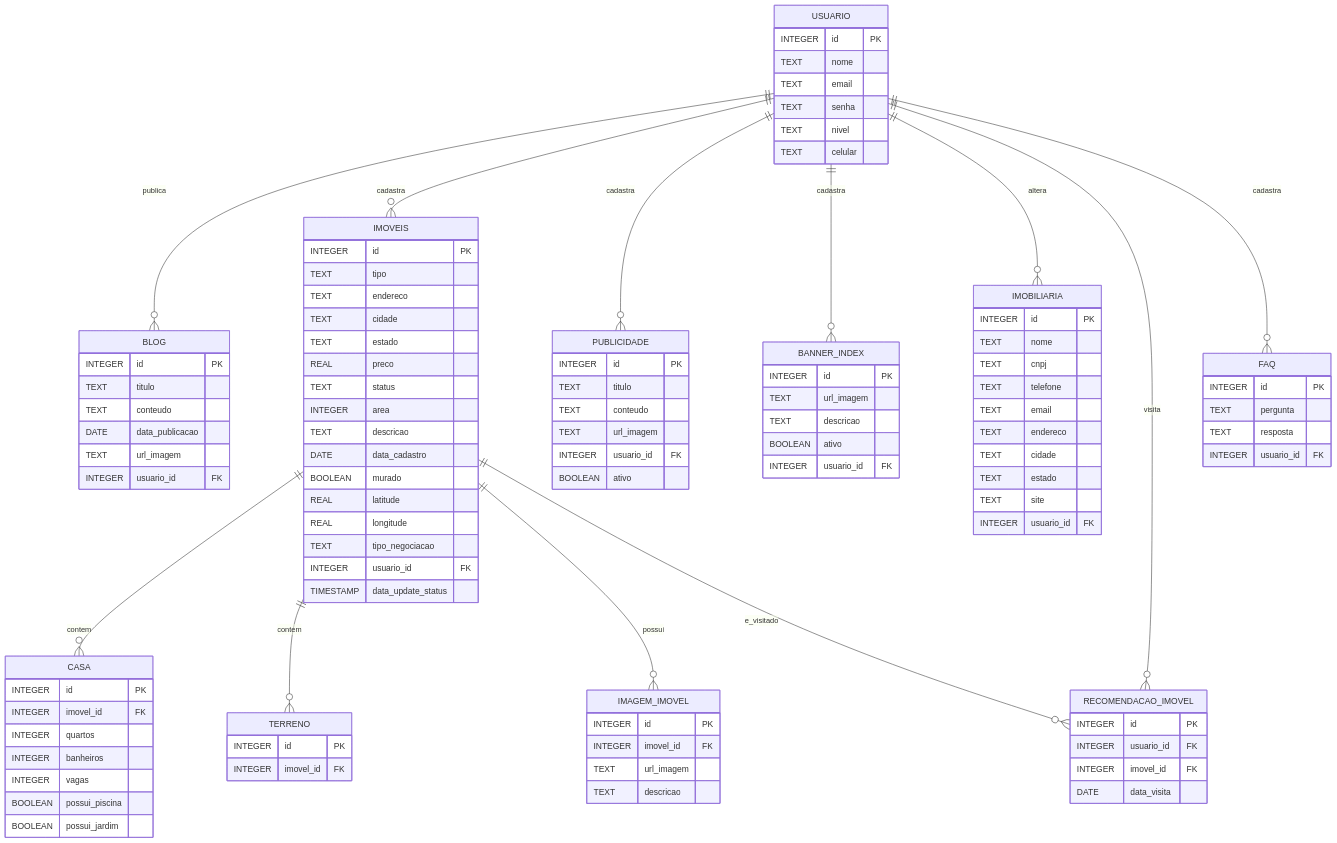
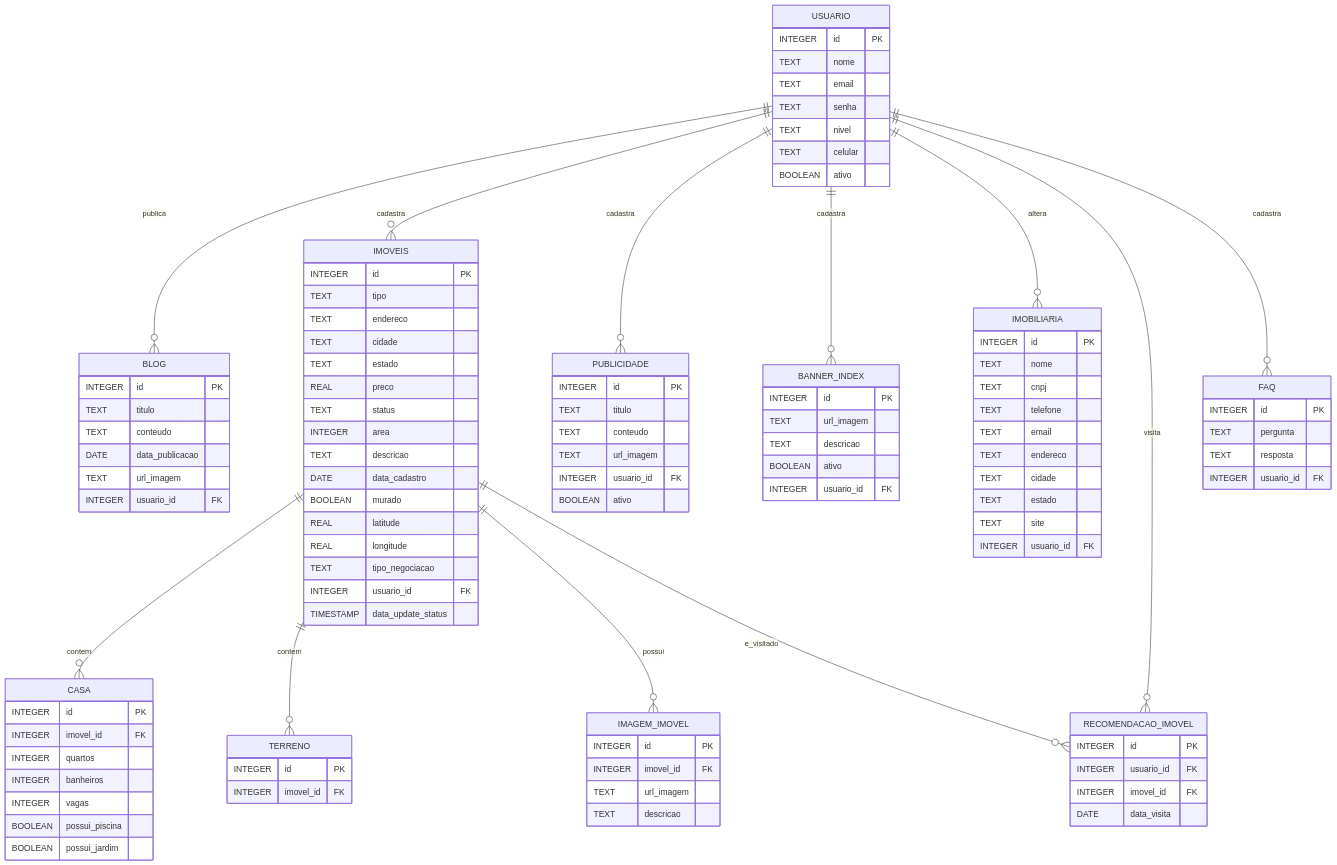
One commit to laboratorio-de-praticas-2025-2/banco-de-dados changed the diagram in v2/imoveis_diagrama.mmd. Above: the diagram before and after it, drawn with Mermaid. The commit also changed 4 other files, not shown here.

```diff
--- a/v2/imoveis_diagrama.mmd
+++ b/v2/imoveis_diagrama.mmd
@@ -1,107 +1,108 @@
 %% Diagrama ER dos imóveis
 
 %% Apenas usuários com nivel 'administrador' podem cadastrar notícias, imóveis, publicidade, imagens no banner, alterar os dados da imobiliária e gravar perguntas/respostas na FAQ.
 erDiagram
 IMOBILIARIA {
   INTEGER id PK
   TEXT nome
   TEXT cnpj
   TEXT telefone
   TEXT email
   TEXT endereco
   TEXT cidade
   TEXT estado
   TEXT site
   INTEGER usuario_id FK
 }
 IMOVEIS {
   INTEGER id PK
   TEXT tipo
   TEXT endereco
   TEXT cidade
   TEXT estado
   REAL preco
   TEXT status
   INTEGER area
   TEXT descricao
   DATE data_cadastro
   BOOLEAN murado
   REAL latitude
   REAL longitude
   TEXT tipo_negociacao
   INTEGER usuario_id FK
   TIMESTAMP data_update_status
 }
 CASA {
   INTEGER id PK
   INTEGER imovel_id FK
   INTEGER quartos
   INTEGER banheiros
   INTEGER vagas
   BOOLEAN possui_piscina
   BOOLEAN possui_jardim
 }
 TERRENO {
   INTEGER id PK
   INTEGER imovel_id FK
 }
 USUARIO {
   INTEGER id PK
   TEXT nome
   TEXT email
   TEXT senha
   TEXT nivel
   TEXT celular
+  BOOLEAN ativo
 }
 BLOG {
   INTEGER id PK
   TEXT titulo
   TEXT conteudo
   DATE data_publicacao
   TEXT url_imagem
   INTEGER usuario_id FK
 }
 PUBLICIDADE {
   INTEGER id PK
   TEXT titulo
   TEXT conteudo
   TEXT url_imagem
   INTEGER usuario_id FK
   BOOLEAN ativo
 }
 IMAGEM_IMOVEL {
   INTEGER id PK
   INTEGER imovel_id FK
   TEXT url_imagem
   TEXT descricao
 }
 BANNER_INDEX {
   INTEGER id PK
   TEXT url_imagem
   TEXT descricao
   BOOLEAN ativo
   INTEGER usuario_id FK
 }
 RECOMENDACAO_IMOVEL {
   INTEGER id PK
   INTEGER usuario_id FK
   INTEGER imovel_id FK
   DATE data_visita
 }
 FAQ {
   INTEGER id PK
   TEXT pergunta
   TEXT resposta
   INTEGER usuario_id FK
 }
 USUARIO ||--o{ BLOG : publica
 USUARIO ||--o{ IMOVEIS : cadastra
 USUARIO ||--o{ PUBLICIDADE : cadastra
 USUARIO ||--o{ BANNER_INDEX : cadastra
 USUARIO ||--o{ IMOBILIARIA : altera
 USUARIO ||--o{ RECOMENDACAO_IMOVEL : visita
 USUARIO ||--o{ FAQ : cadastra
 IMOVEIS ||--o{ CASA : contem
 IMOVEIS ||--o{ TERRENO : contem
 IMOVEIS ||--o{ IMAGEM_IMOVEL : possui
 IMOVEIS ||--o{ RECOMENDACAO_IMOVEL : e_visitado
```
